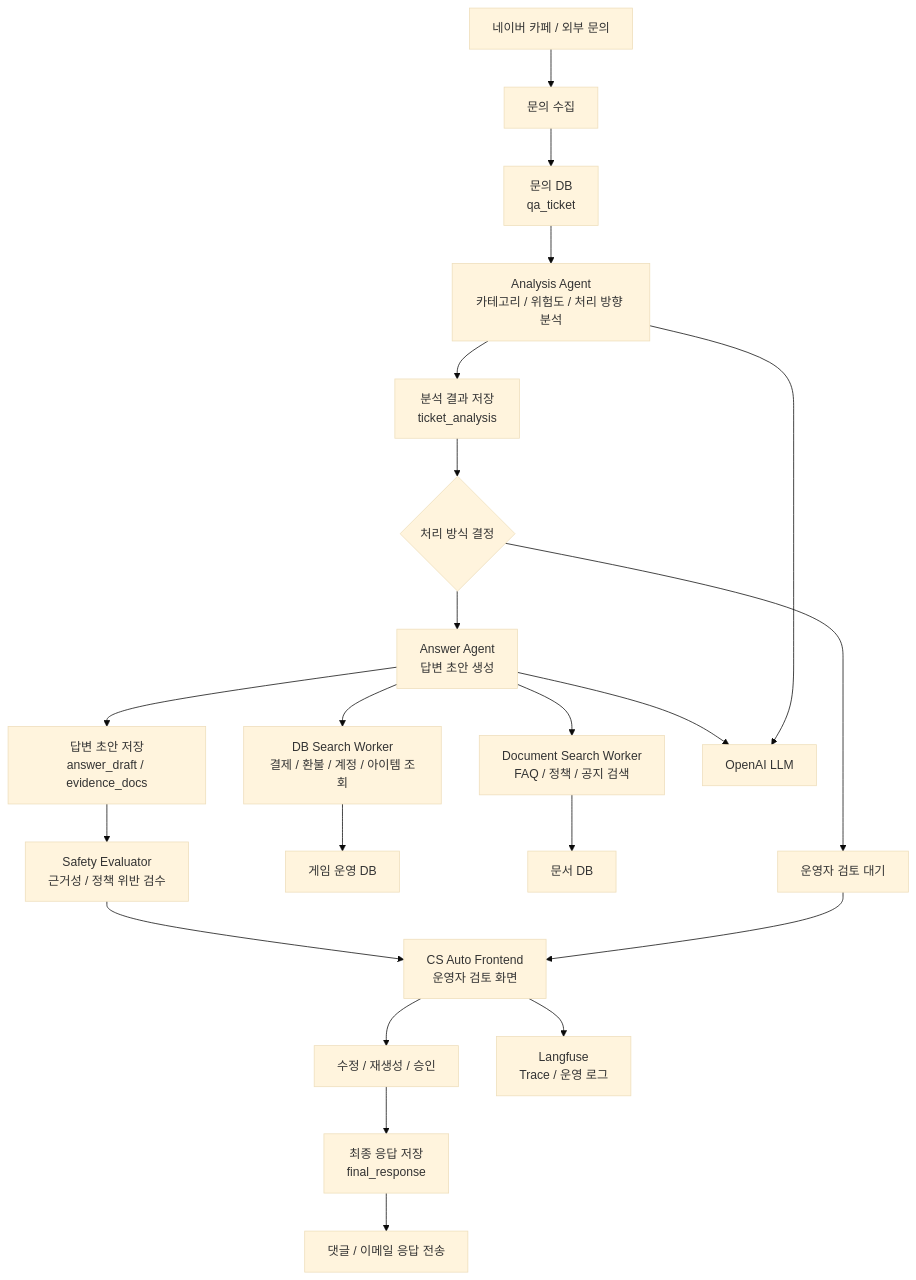
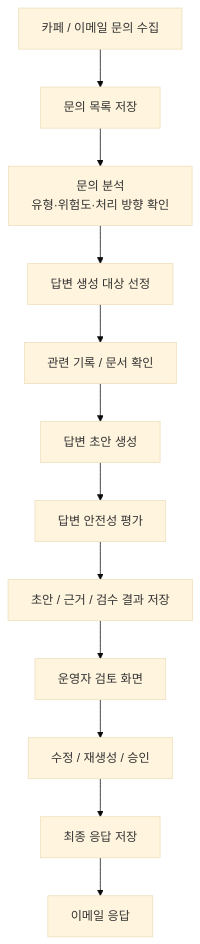
One commit to SKNETWORKS-FAMILY-AICAMP/SKN25-FINAL-6Team changed the second of 3 diagrams in README.md. Above: the diagram before and after it, drawn with Mermaid (base theme). The commit also changed other lines of this file and 11 other files, not shown here.

````diff
--- a/README.md
+++ b/README.md
@@ -424,32 +411,18 @@
 ```mermaid
 flowchart TD
-    Cafe["네이버 카페 / 외부 문의"] --> Collect["문의 수집"]
-    Collect --> TicketDB["문의 DB<br/>qa_ticket"]
+    Source["카페 / 이메일 문의 수집"] --> Ticket["문의 목록 저장"]
 
-    TicketDB --> Analysis["Analysis Agent<br/>카테고리 / 위험도 / 처리 방향 분석"]
-    Analysis --> AnalysisDB["분석 결과 저장<br/>ticket_analysis"]
+    Ticket --> Analysis["문의 분석<br/>유형·위험도·처리 방향 확인"]
+    Analysis --> Target["답변 생성 대상 선정"]
 
-    AnalysisDB --> Route{"처리 방식 결정"}
-    Route --> AutoDraft["Answer Agent<br/>답변 초안 생성"]
-    Route --> HumanReview["운영자 검토 대기"]
+    Target --> Evidence["관련 기록 / 문서 확인"]
+    Evidence --> Draft["답변 초안 생성"]
+    Draft --> Safety["답변 안전성 평가"]
 
-    AutoDraft --> DBSearch["DB Search Worker<br/>결제 / 환불 / 계정 / 아이템 조회"]
-    AutoDraft --> DocSearch["Document Search Worker<br/>FAQ / 정책 / 공지 검색"]
+    Safety --> Save["초안 / 근거 / 검수 결과 저장"]
+    Save --> Review["운영자 검토 화면"]
 
-    DBSearch --> GameDB["게임 운영 DB"]
-    DocSearch --> Docs["문서 DB"]
-
-    AutoDraft --> DraftDB["답변 초안 저장<br/>answer_draft / evidence_docs"]
-    DraftDB --> Safety["Safety Evaluator<br/>근거성 / 정책 위반 검수"]
-
-    Safety --> ReviewUI["CS Auto Frontend<br/>운영자 검토 화면"]
-    HumanReview --> ReviewUI
-
-    ReviewUI --> Edit["수정 / 재생성 / 승인"]
-    Edit --> FinalDB["최종 응답 저장<br/>final_response"]
-    FinalDB --> Send["댓글 / 이메일 응답 전송"]
-
-    AutoDraft --> LLM["OpenAI LLM"]
-    Analysis --> LLM
-    ReviewUI --> Obs["Langfuse<br/>Trace / 운영 로그"]
+    Review --> Edit["수정 / 재생성 / 승인"]
+    Edit --> Final["최종 응답 저장"]
+    Final --> Send["이메일 응답"]
 ```
````
